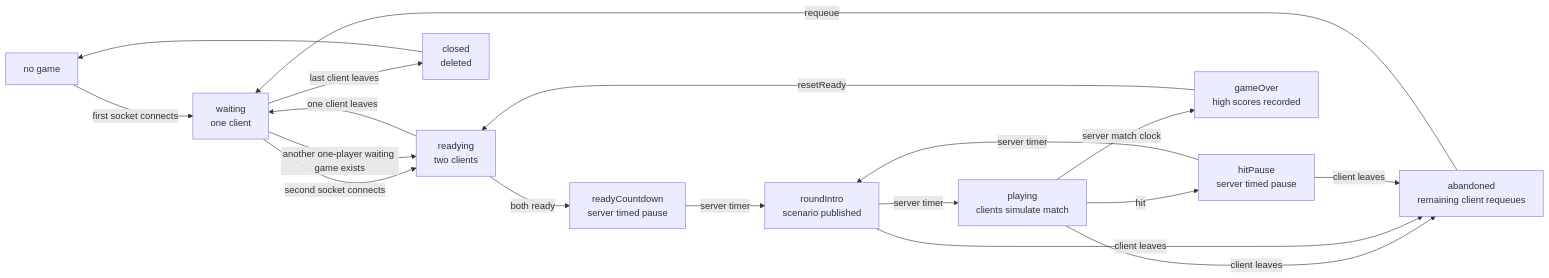
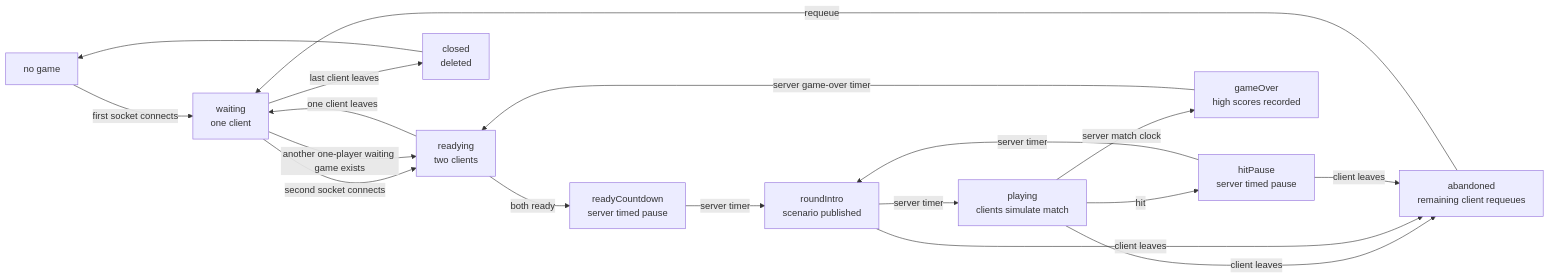
Before and after one commit to mkjems/gunfight: the second of 2 diagrams in documentation/Connection-state-model.md, drawn with Mermaid. The commit also changed other lines of this file and 13 other files, not shown here.

Commit message:
server: move game-over return timing into lifecycle model

````diff
--- a/documentation/Connection-state-model.md
+++ b/documentation/Connection-state-model.md
@@ -54,20 +54,20 @@
 ```mermaid
 flowchart LR
     NoGame["no game"] -->|"first socket connects"| Waiting["waiting<br/>one client"]
     Waiting -->|"second socket connects"| Readying["readying<br/>two clients"]
     Readying -->|"both ready"| ReadyCountdown["readyCountdown<br/>server timed pause"]
     ReadyCountdown -->|"server timer"| RoundIntro["roundIntro<br/>scenario published"]
     RoundIntro -->|"server timer"| Playing["playing<br/>clients simulate match"]
     Playing -->|"hit"| HitPause["hitPause<br/>server timed pause"]
     HitPause -->|"server timer"| RoundIntro
     Playing -->|"server match clock"| GameOver["gameOver<br/>high scores recorded"]
     Playing -->|"client leaves"| Abandoned["abandoned<br/>remaining client requeues"]
     RoundIntro -->|"client leaves"| Abandoned
     HitPause -->|"client leaves"| Abandoned
     Abandoned -->|"requeue"| Waiting
     Waiting -->|"last client leaves"| Closed["closed<br/>deleted"]
     Readying -->|"one client leaves"| Waiting
     Waiting -->|"another one-player waiting game exists"| Readying
-    GameOver -->|"resetReady"| Readying
+    GameOver -->|"server game-over timer"| Readying
     Closed --> NoGame
 ```
````
